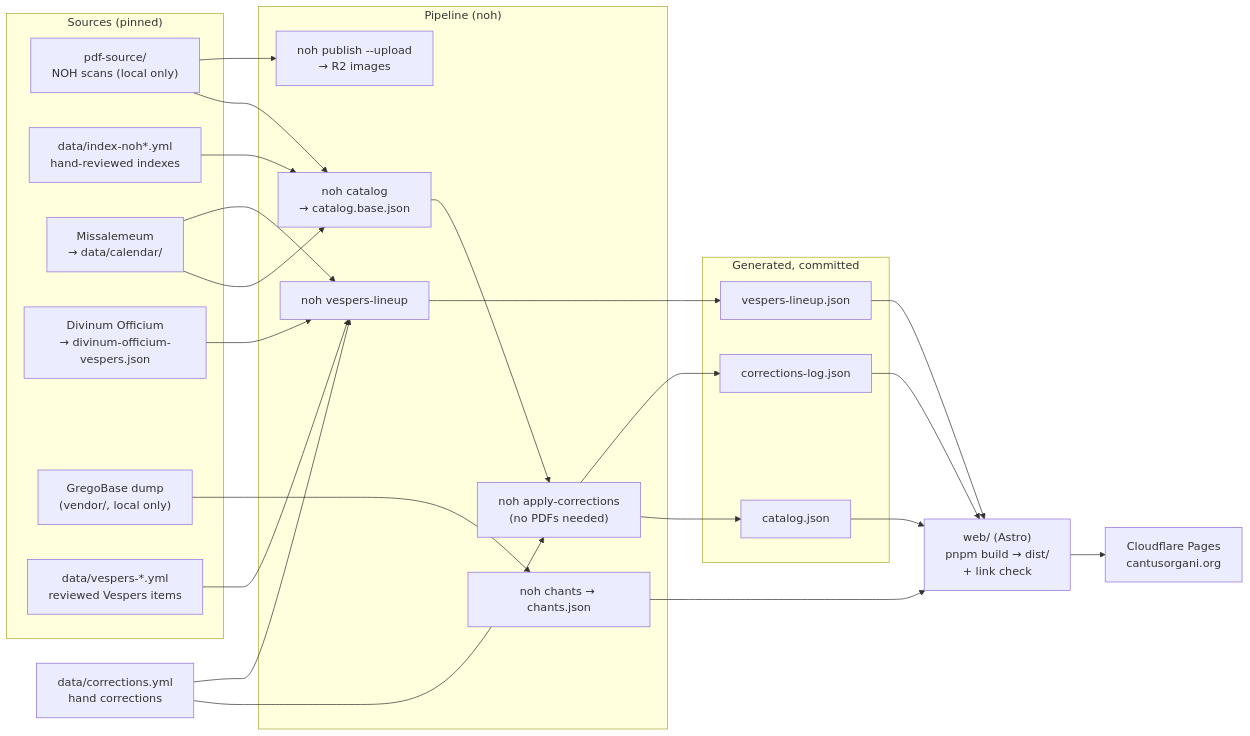
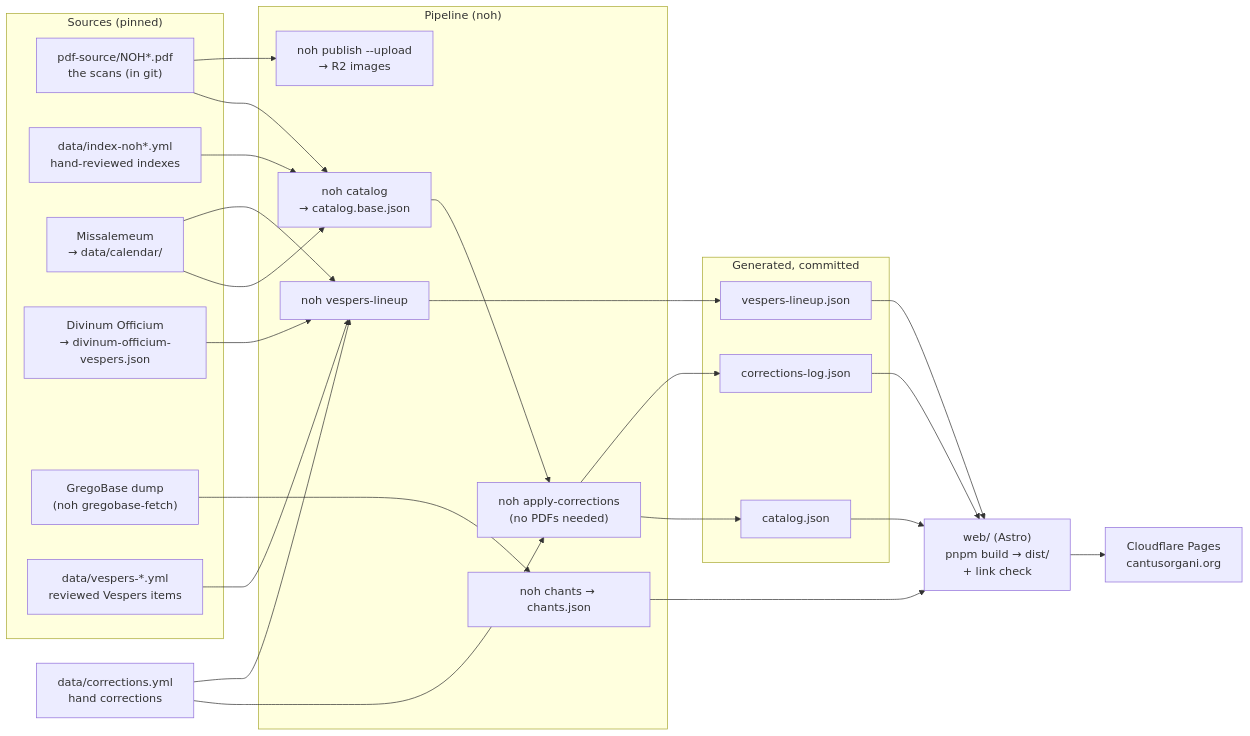
The diagram in docs/ARCHITECTURE.md (npadley/cantusorgani), drawn with Mermaid before and after one commit. The commit also changed other lines of this file and 9 other files, not shown here.

First line of the commit message:
ci: the PDF tests and catalogue rebuilds on GitHub

````diff
--- a/docs/ARCHITECTURE.md
+++ b/docs/ARCHITECTURE.md
@@ -8,50 +8,50 @@
 ```mermaid
 flowchart LR
   subgraph sources["Sources (pinned)"]
-    PDF["pdf-source/<br/>NOH scans (local only)"]
+    PDF["pdf-source/NOH*.pdf<br/>the scans (in git)"]
     IDX["data/index-noh*.yml<br/>hand-reviewed indexes"]
     CAL["Missalemeum<br/>→ data/calendar/"]
     DO["Divinum Officium<br/>→ divinum-officium-vespers.json"]
-    GB["GregoBase dump<br/>(vendor/, local only)"]
+    GB["GregoBase dump<br/>(noh gregobase-fetch)"]
     VES["data/vespers-*.yml<br/>reviewed Vespers items"]
   end
 
   subgraph pipeline["Pipeline (noh)"]
     CATB["noh catalog<br/>→ catalog.base.json"]
     APPLY["noh apply-corrections<br/>(no PDFs needed)"]
     LINE["noh vespers-lineup"]
     CH["noh chants → chants.json"]
     PUB["noh publish --upload<br/>→ R2 images"]
   end
 
   CORR["data/corrections.yml<br/>hand corrections"]
 
   subgraph out["Generated, committed"]
     CAT["catalog.json"]
     LU["vespers-lineup.json"]
     LOG["corrections-log.json"]
   end
 
   SITE["web/ (Astro)<br/>pnpm build → dist/<br/>+ link check"]
   CF["Cloudflare Pages<br/>cantusorgani.org"]
 
   PDF --> CATB
   IDX --> CATB
   CAL --> CATB
   CATB --> APPLY
   CORR --> APPLY
   APPLY --> CAT
   APPLY --> LOG
   VES --> LINE
   DO --> LINE
   CAL --> LINE
   CORR --> LINE
   LINE --> LU
   GB --> CH
   PDF --> PUB
   CAT --> SITE
   LU --> SITE
   LOG --> SITE
   CH --> SITE
   SITE --> CF
 ```
````
